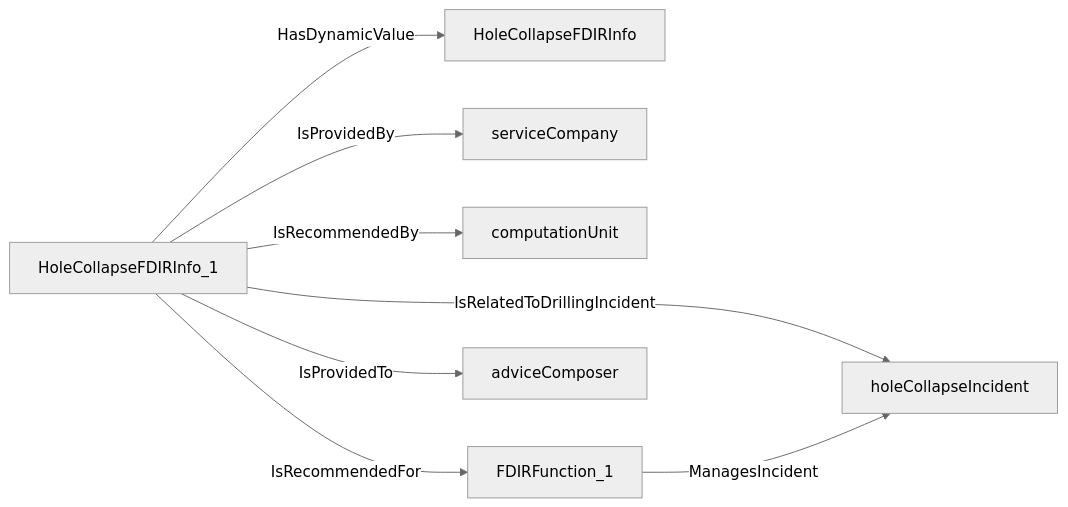
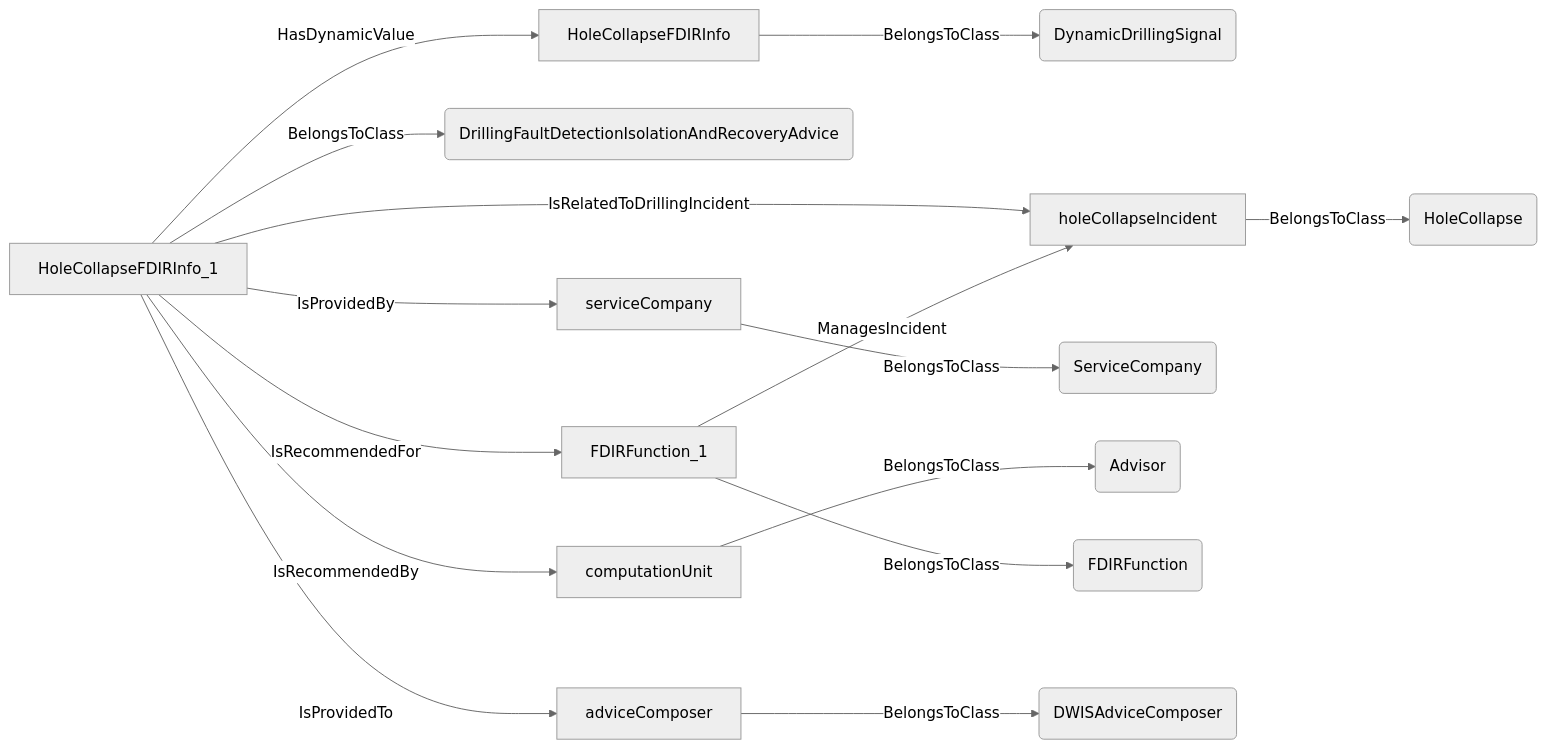
The eighth of 17 diagrams in docs/vocabulary_development/auto-generated/md/definition-files/DrillingIncident.md (D-WIS/DDHub-Semantic-Interoperability), drawn with Mermaid (neutral theme) before and after one commit. The commit also changed other lines of this file and 14 other files, not shown here.

````diff
--- a/docs/vocabulary_development/auto-generated/md/definition-files/DrillingIncident.md
+++ b/docs/vocabulary_development/auto-generated/md/definition-files/DrillingIncident.md
@@ -428,10 +512,17 @@
 ```mermaid
 graph LR
-	N0000[HoleCollapseFDIRInfo_1] -->|HasDynamicValue| N0001[HoleCollapseFDIRInfo] 
-	N0000[HoleCollapseFDIRInfo_1] -->|IsRelatedToDrillingIncident| N0002[holeCollapseIncident] 
-	N0000[HoleCollapseFDIRInfo_1] -->|IsProvidedBy| N0003[serviceCompany] 
-	N0000[HoleCollapseFDIRInfo_1] -->|IsRecommendedBy| N0004[computationUnit] 
-	N0005[FDIRFunction_1] -->|ManagesIncident| N0002[holeCollapseIncident] 
-	N0000[HoleCollapseFDIRInfo_1] -->|IsRecommendedFor| N0005[FDIRFunction_1] 
-	N0000[HoleCollapseFDIRInfo_1] -->|IsProvidedTo| N0006[adviceComposer] 
+	N0000[HoleCollapseFDIRInfo] -->|BelongsToClass| N0001(DynamicDrillingSignal) 
+	N0002[HoleCollapseFDIRInfo_1] -->|BelongsToClass| N0003(DrillingFaultDetectionIsolationAndRecoveryAdvice) 
+	N0002[HoleCollapseFDIRInfo_1] -->|HasDynamicValue| N0000[HoleCollapseFDIRInfo] 
+	N0004[holeCollapseIncident] -->|BelongsToClass| N0005(HoleCollapse) 
+	N0002[HoleCollapseFDIRInfo_1] -->|IsRelatedToDrillingIncident| N0004[holeCollapseIncident] 
+	N0006[serviceCompany] -->|BelongsToClass| N0007(ServiceCompany) 
+	N0002[HoleCollapseFDIRInfo_1] -->|IsProvidedBy| N0006[serviceCompany] 
+	N0008[computationUnit] -->|BelongsToClass| N0009(Advisor) 
+	N0002[HoleCollapseFDIRInfo_1] -->|IsRecommendedBy| N0008[computationUnit] 
+	N0010[FDIRFunction_1] -->|BelongsToClass| N0011(FDIRFunction) 
+	N0010[FDIRFunction_1] -->|ManagesIncident| N0004[holeCollapseIncident] 
+	N0002[HoleCollapseFDIRInfo_1] -->|IsRecommendedFor| N0010[FDIRFunction_1] 
+	N0012[adviceComposer] -->|BelongsToClass| N0013(DWISAdviceComposer) 
+	N0002[HoleCollapseFDIRInfo_1] -->|IsProvidedTo| N0012[adviceComposer] 
 ```
````
